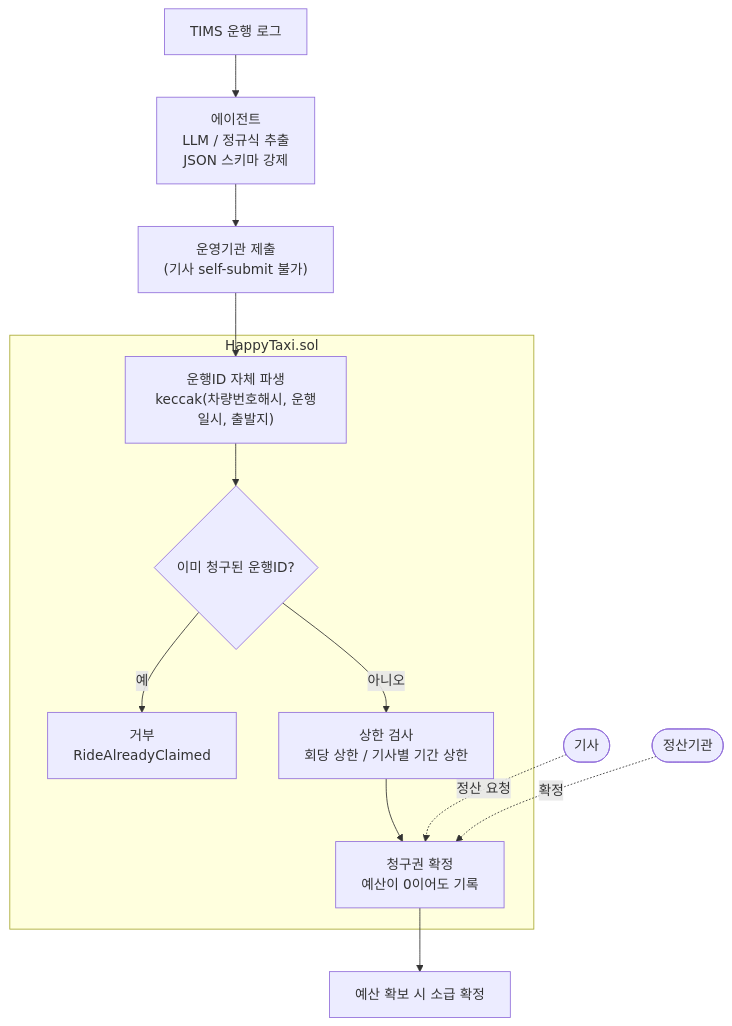
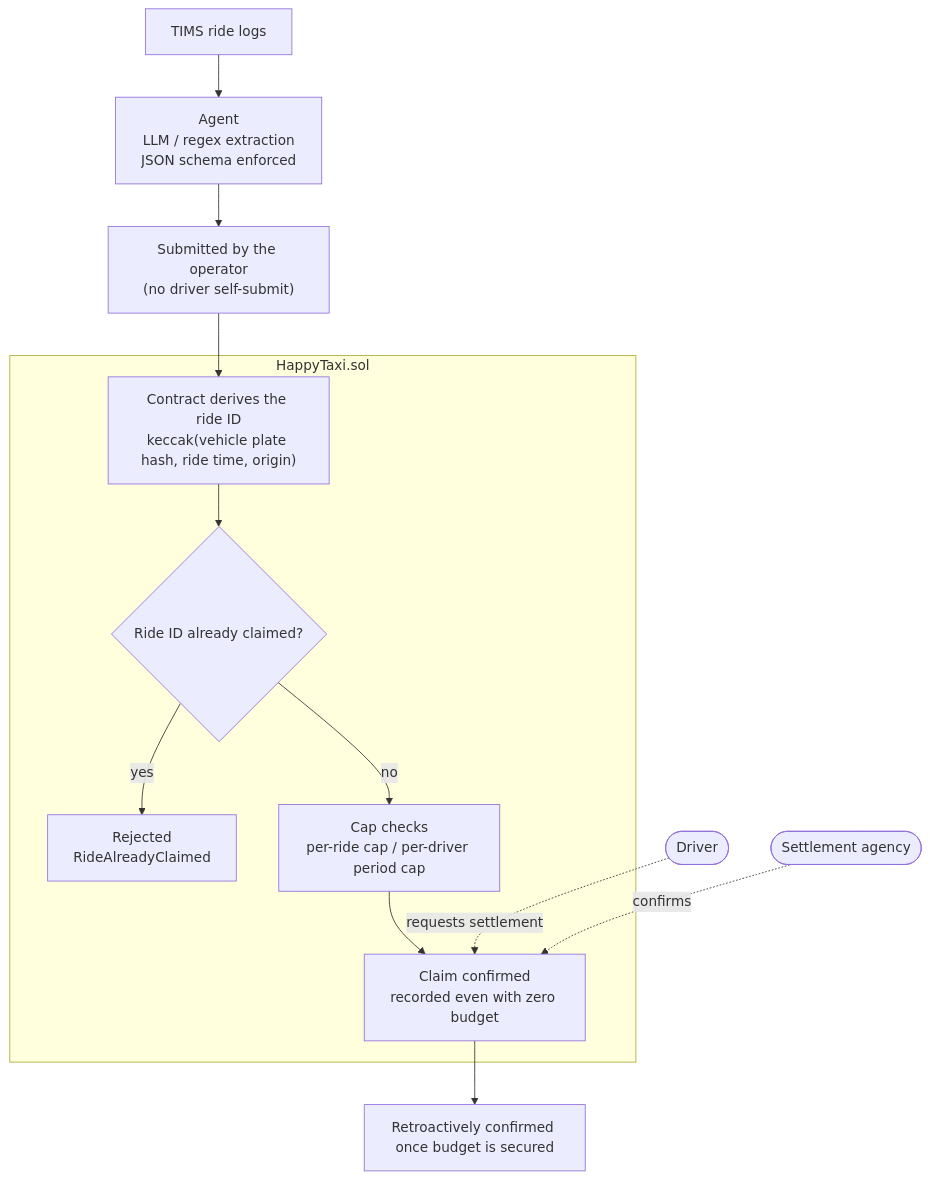
The first of 2 diagrams in README.md (dandel6/HappyTaxi), drawn with Mermaid before and after one commit. The commit also changed other lines of this file and 1 other file, not shown here.

````diff
--- a/README.md
+++ b/README.md
@@ -15,18 +17,18 @@
 ```mermaid
 flowchart TD
-    A["TIMS 운행 로그"] --> B["에이전트<br/>LLM / 정규식 추출<br/>JSON 스키마 강제"]
-    B --> C["운영기관 제출<br/>(기사 self-submit 불가)"]
+    A["TIMS ride logs"] --> B["Agent<br/>LLM / regex extraction<br/>JSON schema enforced"]
+    B --> C["Submitted by the operator<br/>(no driver self-submit)"]
     C --> D
 
     subgraph SC["HappyTaxi.sol"]
-        D["운행ID 자체 파생<br/>keccak(차량번호해시, 운행일시, 출발지)"] --> E{"이미 청구된 운행ID?"}
-        E -- "예" --> R["거부<br/>RideAlreadyClaimed"]
-        E -- "아니오" --> F["상한 검사<br/>회당 상한 / 기사별 기간 상한"]
-        F --> G["청구권 확정<br/>예산이 0이어도 기록"]
+        D["Contract derives the ride ID<br/>keccak(vehicle plate hash, ride time, origin)"] --> E{"Ride ID already claimed?"}
+        E -- "yes" --> R["Rejected<br/>RideAlreadyClaimed"]
+        E -- "no" --> F["Cap checks<br/>per-ride cap / per-driver period cap"]
+        F --> G["Claim confirmed<br/>recorded even with zero budget"]
     end
 
-    G --> H["예산 확보 시 소급 확정"]
+    G --> H["Retroactively confirmed once budget is secured"]
 
-    DRV(["기사"]) -. "정산 요청" .-> G
-    SET(["정산기관"]) -. "확정" .-> G
+    DRV(["Driver"]) -. "requests settlement" .-> G
+    SET(["Settlement agency"]) -. "confirms" .-> G
 ```
````
